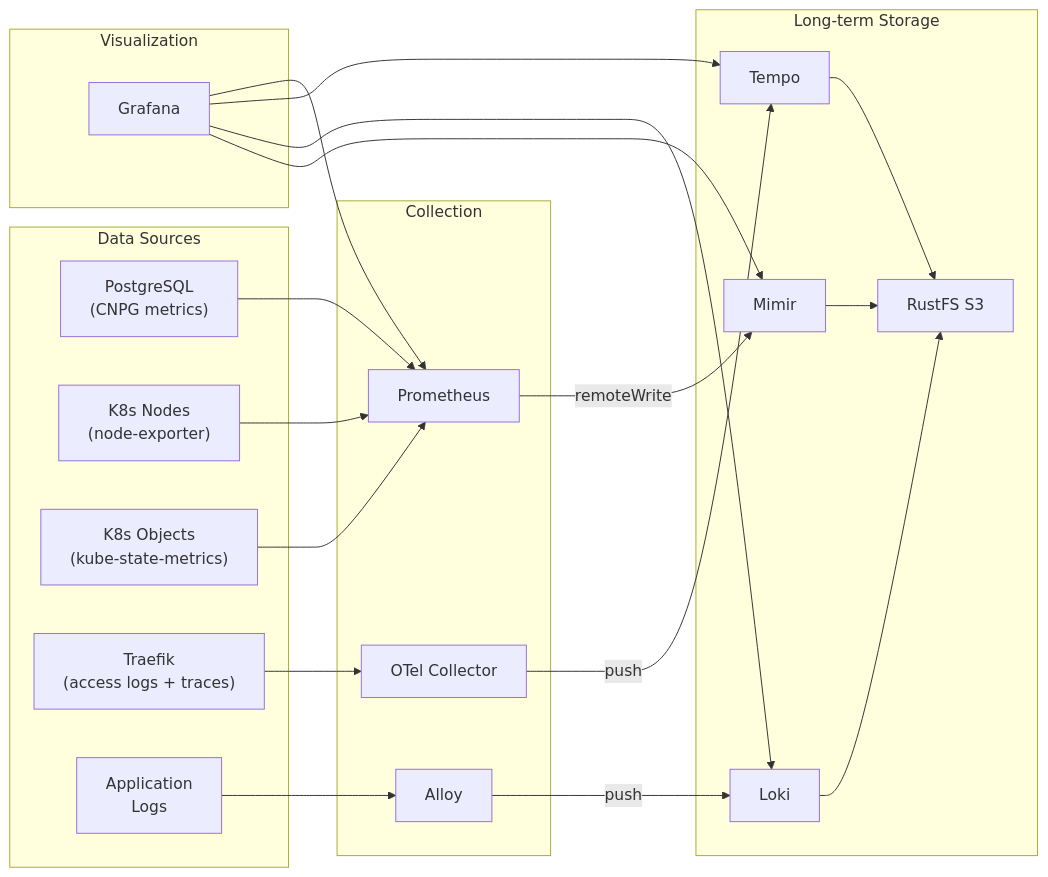
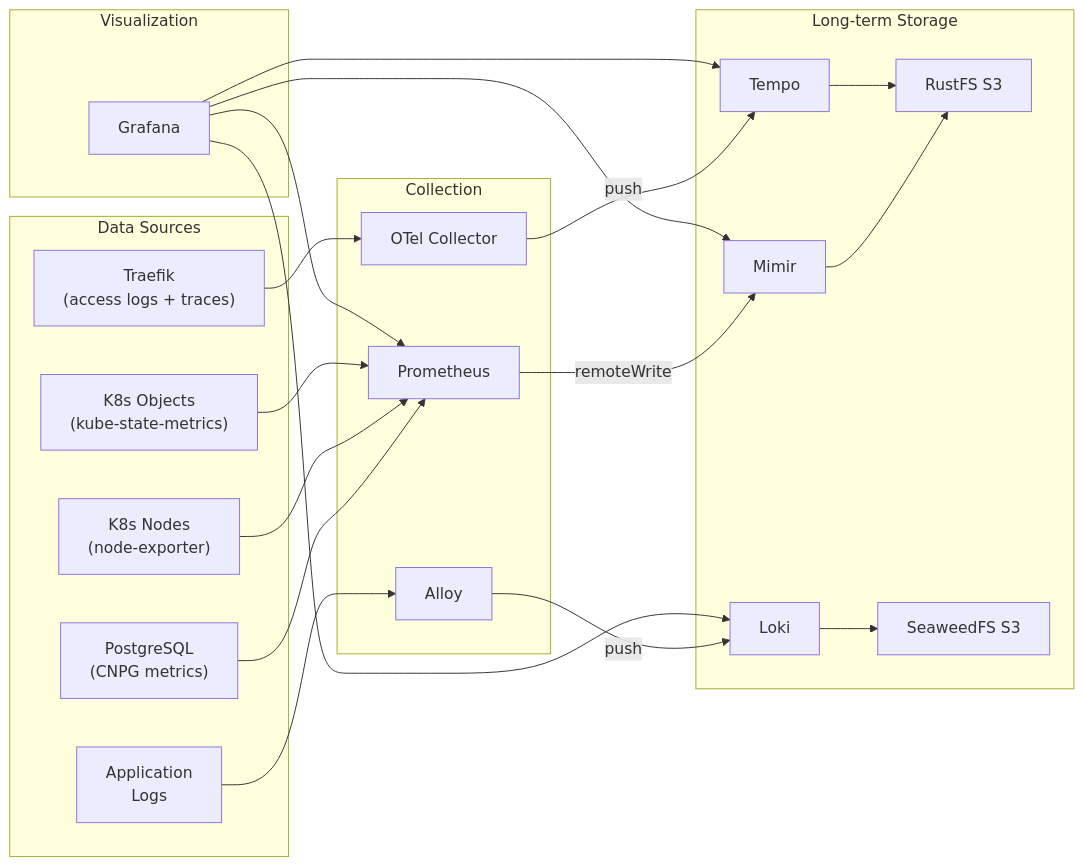
Before and after one commit to rmlandvreugd/cnpg-playground: the ninth of 9 diagrams in docs/architecture-overview.md, drawn with Mermaid. The commit also changed other lines of this file, not shown here.

Commit message:
refactor(docs): enhance architecture overview with SeaweedFS integration

````diff
--- a/docs/architecture-overview.md
+++ b/docs/architecture-overview.md
@@ -299,46 +310,47 @@
 ```mermaid
 flowchart LR
     subgraph Sources["Data Sources"]
         PG["PostgreSQL<br/>(CNPG metrics)"]
         K8sN["K8s Nodes<br/>(node-exporter)"]
         K8sO["K8s Objects<br/>(kube-state-metrics)"]
         TraefikS["Traefik<br/>(access logs + traces)"]
         AppL["Application<br/>Logs"]
     end
 
     subgraph Collection["Collection"]
         Prom["Prometheus"]
         Alloy["Alloy"]
         OTel["OTel Collector"]
     end
 
     subgraph Storage["Long-term Storage"]
         Mimir["Mimir"]
         Loki["Loki"]
         Tempo["Tempo"]
         S3["RustFS S3"]
+        Seaweed["SeaweedFS S3"]
     end
 
     subgraph Visualization["Visualization"]
         Grafana["Grafana"]
     end
 
     PG --> Prom
     K8sN --> Prom
     K8sO --> Prom
     AppL --> Alloy
     TraefikS --> OTel
 
     Prom -->|remoteWrite| Mimir
     Alloy -->|push| Loki
     OTel -->|push| Tempo
 
+    Loki --> Seaweed
     Mimir --> S3
-    Loki --> S3
     Tempo --> S3
 
     Grafana --> Mimir
     Grafana --> Loki
     Grafana --> Tempo
     Grafana --> Prom
 ```
````
